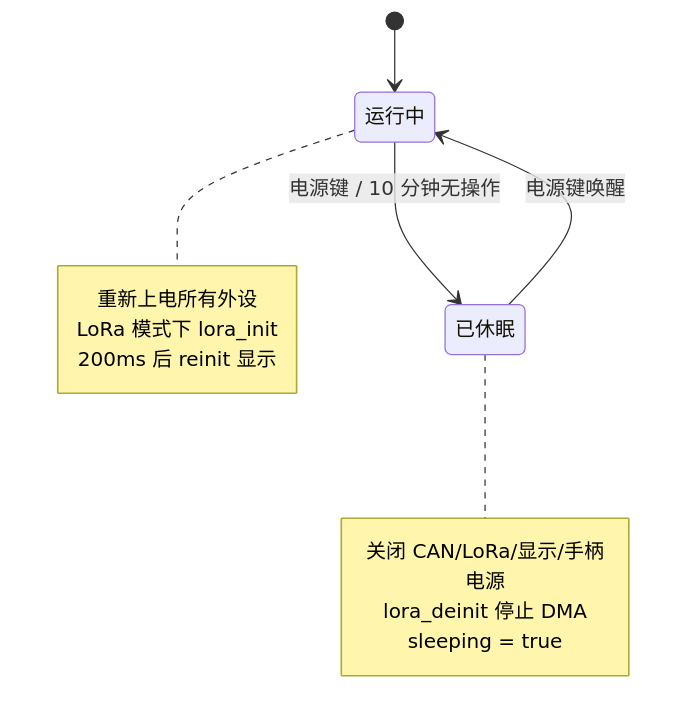
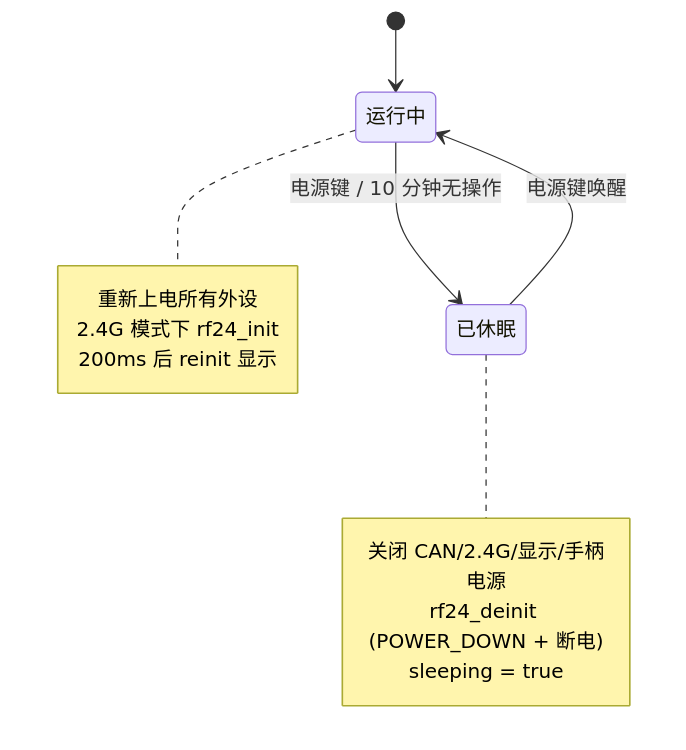
One commit to kabirz/zephyr_app changed the fourth of 6 diagrams in docs/architecture.md. Above: the diagram before and after it, drawn with Mermaid. The commit also changed other lines of this file and 16 other files, not shown here.

````diff
--- a/docs/architecture.md
+++ b/docs/architecture.md
@@ -87,21 +85,21 @@
 ```mermaid
 stateDiagram-v2
     [*] --> Running
     Running --> Sleeping: 电源键 / 10 分钟无操作
     Sleeping --> Running: 电源键唤醒
 
     Running: 运行中
     Sleeping: 已休眠
 
     note right of Sleeping
-        关闭 CAN/LoRa/显示/手柄电源
-        lora_deinit 停止 DMA
+        关闭 CAN/2.4G/显示/手柄电源
+        rf24_deinit (POWER_DOWN + 断电)
         sleeping = true
     end note
 
     note right of Running
         重新上电所有外设
-        LoRa 模式下 lora_init
+        2.4G 模式下 rf24_init
         200ms 后 reinit 显示
     end note
 ```
````
